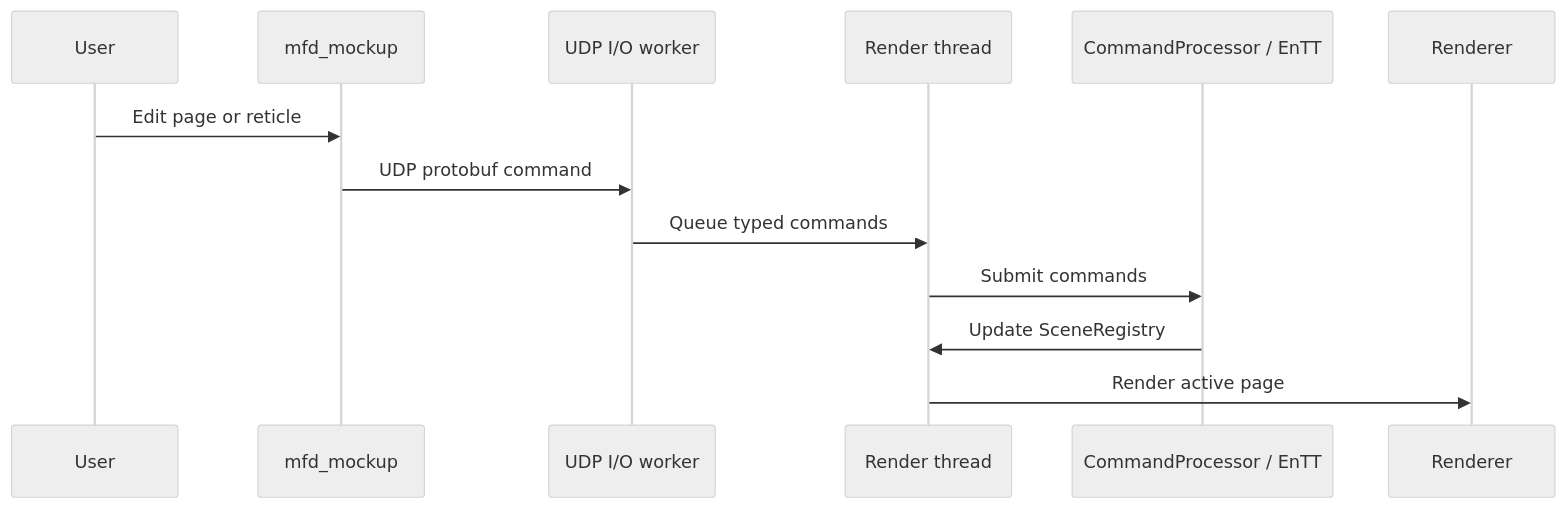
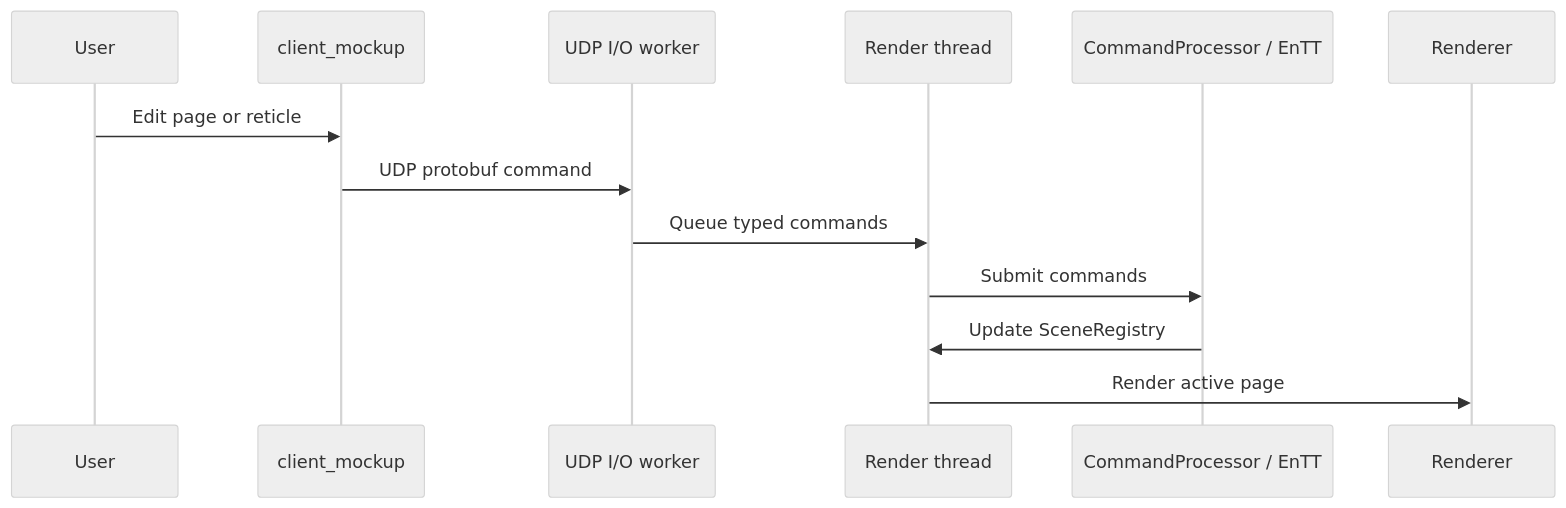
The second of 2 diagrams in docs/QUICKSTART.md (benoitfragit/MFDStudio), drawn with Mermaid (neutral theme) before and after one commit. The commit also changed other lines of this file and 23 other files, not shown here.

````diff
--- a/docs/QUICKSTART.md
+++ b/docs/QUICKSTART.md
@@ -96,16 +96,16 @@
 ```mermaid
 sequenceDiagram
     participant U as User
-    participant M as mfd_mockup
+    participant M as client_mockup
     participant N as UDP I/O worker
     participant W as Render thread
     participant P as CommandProcessor / EnTT
     participant R as Renderer
 
     U->>M: Edit page or reticle
     M->>N: UDP protobuf command
     N->>W: Queue typed commands
     W->>P: Submit commands
     P->>W: Update SceneRegistry
     W->>R: Render active page
 ```
````
